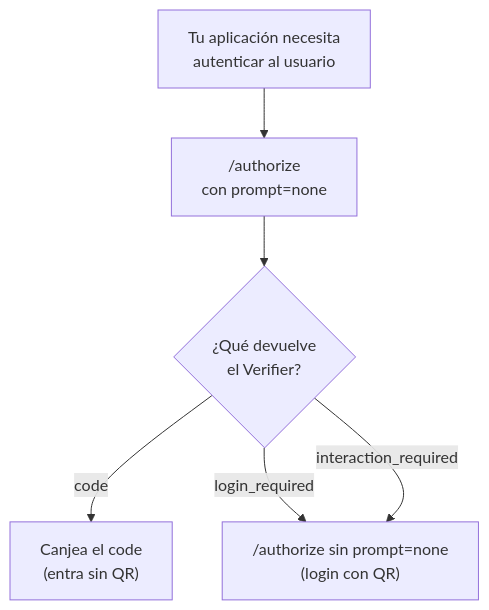
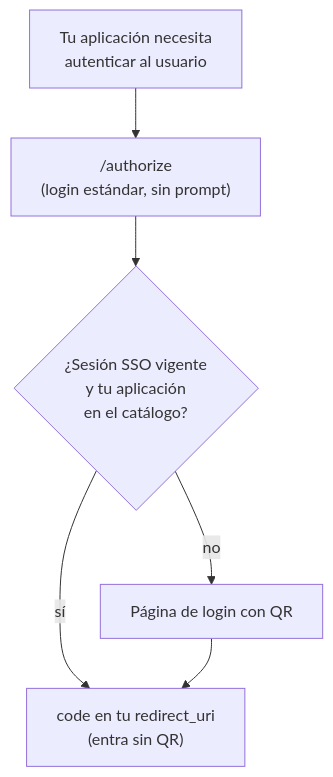
Before and after one commit to in2workspace/eudistack-platform-docs: the second of 3 diagrams in docs/developers/guides/sso-multi-app.md, drawn with Mermaid. The commit also changed other lines of this file and 9 other files, not shown here.

First line of the commit message:
docs: document SSO session reuse without prompt=none (Verifier 3.4.0)

````diff
--- a/docs/developers/guides/sso-multi-app.md
+++ b/docs/developers/guides/sso-multi-app.md
@@ -73,8 +76,8 @@
 ```mermaid
 flowchart TD
-    A["Tu aplicación necesita<br>autenticar al usuario"] --> B["/authorize<br>con prompt=none"]
-    B --> C{"¿Qué devuelve<br>el Verifier?"}
-    C -->|code| D["Canjea el code<br>(entra sin QR)"]
-    C -->|login_required| E["/authorize sin prompt=none<br>(login con QR)"]
-    C -->|interaction_required| E
+    A["Tu aplicación necesita<br>autenticar al usuario"] --> B["/authorize<br>(login estándar, sin prompt)"]
+    B --> C{"¿Sesión SSO vigente<br>y tu aplicación<br>en el catálogo?"}
+    C -->|sí| D["code en tu redirect_uri<br>(entra sin QR)"]
+    C -->|no| E["Página de login con QR"]
+    E --> D
 ```
````
